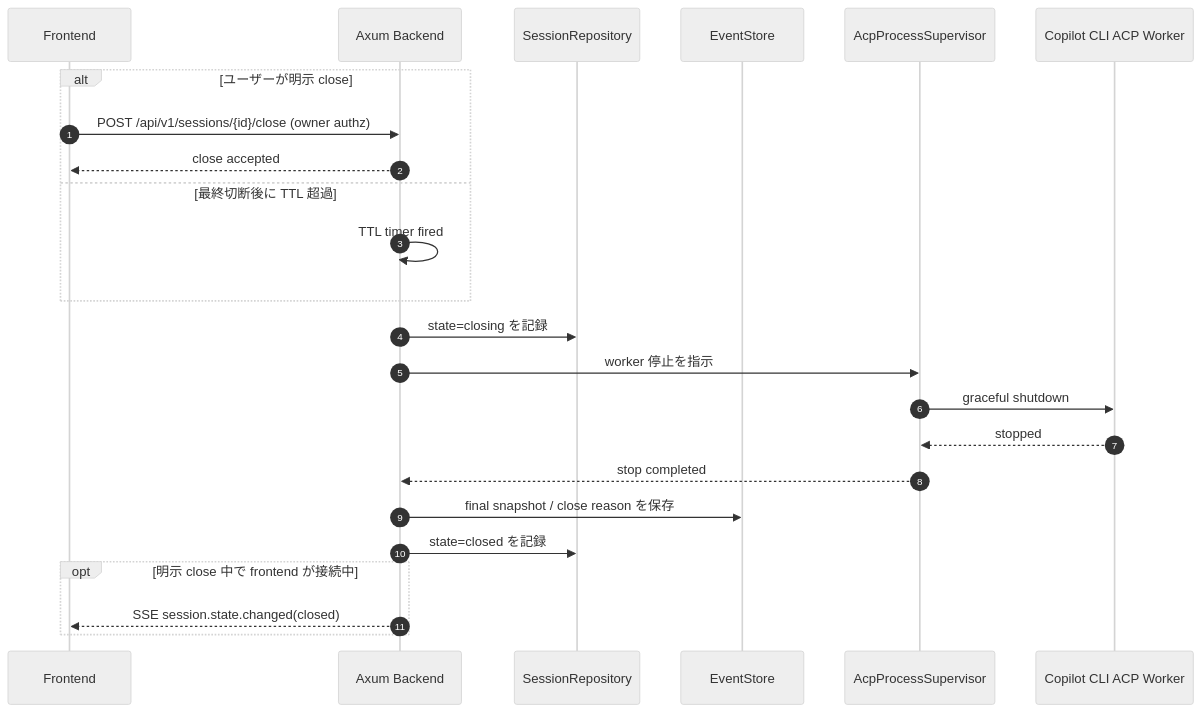
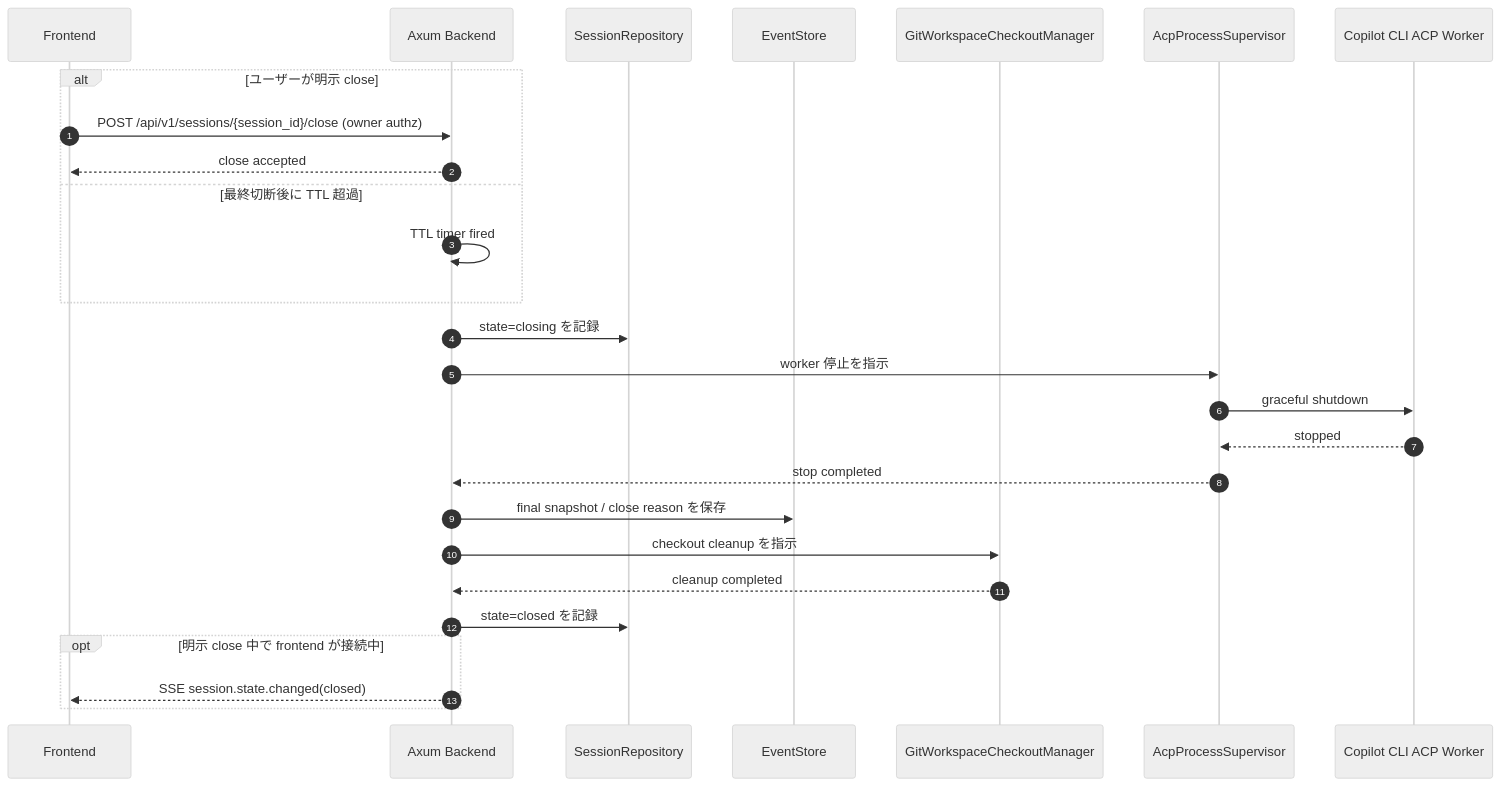
The tenth of 12 diagrams in docs/explanation/acp-web-cli-architecture.md (chalharu/acp-orchestrator), drawn with Mermaid (neutral theme) before and after one commit. The commit also changed other lines of this file and 3 other files, not shown here.

Commit message:
docs(architecture): add workspace hierarchy design

````diff
--- a/docs/explanation/acp-web-cli-architecture.md
+++ b/docs/explanation/acp-web-cli-architecture.md
@@ -544,29 +581,32 @@
 ```mermaid
 sequenceDiagram
     autonumber
     participant Frontend as Frontend
     participant Backend as Axum Backend
     participant SessionRepo as SessionRepository
     participant EventStore as EventStore
+    participant Checkout as GitWorkspaceCheckoutManager
     participant Supervisor as AcpProcessSupervisor
     participant Worker as Copilot CLI ACP Worker
 
     alt ユーザーが明示 close
-        Frontend->>Backend: POST /api/v1/sessions/{id}/close (owner authz)
+        Frontend->>Backend: POST /api/v1/sessions/{session_id}/close (owner authz)
         Backend-->>Frontend: close accepted
     else 最終切断後に TTL 超過
         Backend->>Backend: TTL timer fired
     end
 
     Backend->>SessionRepo: state=closing を記録
     Backend->>Supervisor: worker 停止を指示
     Supervisor->>Worker: graceful shutdown
     Worker-->>Supervisor: stopped
     Supervisor-->>Backend: stop completed
     Backend->>EventStore: final snapshot / close reason を保存
+    Backend->>Checkout: checkout cleanup を指示
+    Checkout-->>Backend: cleanup completed
     Backend->>SessionRepo: state=closed を記録
 
     opt 明示 close 中で frontend が接続中
         Backend-->>Frontend: SSE session.state.changed(closed)
     end
 ```
````
